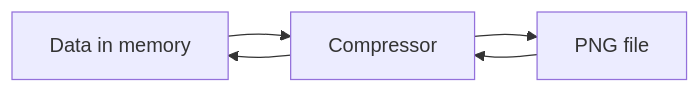
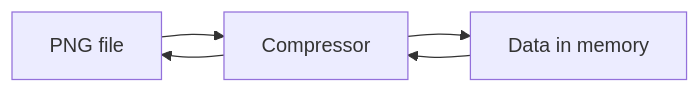
Before and after one commit to alessandrofelder/heftie-textbook: the second of 2 diagrams in book/1-storage.md, drawn with Mermaid. The commit also changed other lines of this file, not shown here.

````diff
--- a/book/1-storage.md
+++ b/book/1-storage.md
@@ -130,10 +135,9 @@
 ```{mermaid}
     flowchart LR
+        PNG --> comp --> Memory
         Memory --> comp --> PNG
-        PNG --> comp --> Memory
-
 
         comp["Compressor"]
         PNG["PNG file"]
         Memory["Data in memory"]
 ```
````
